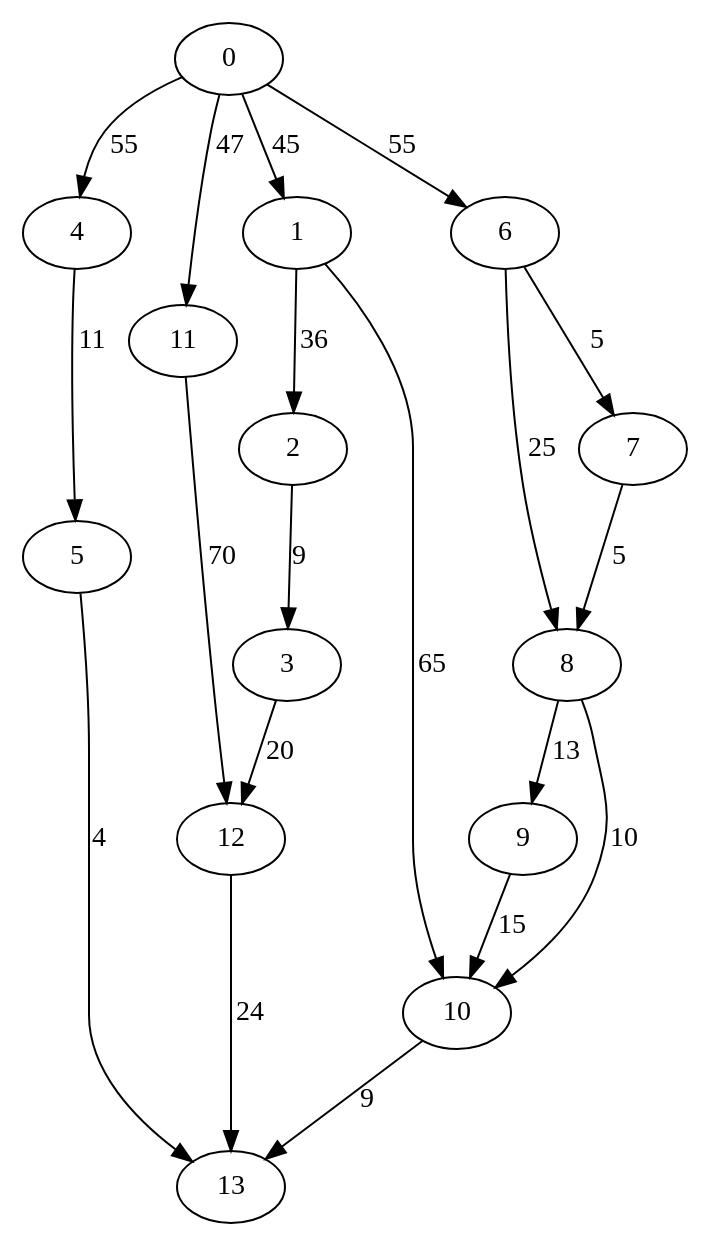
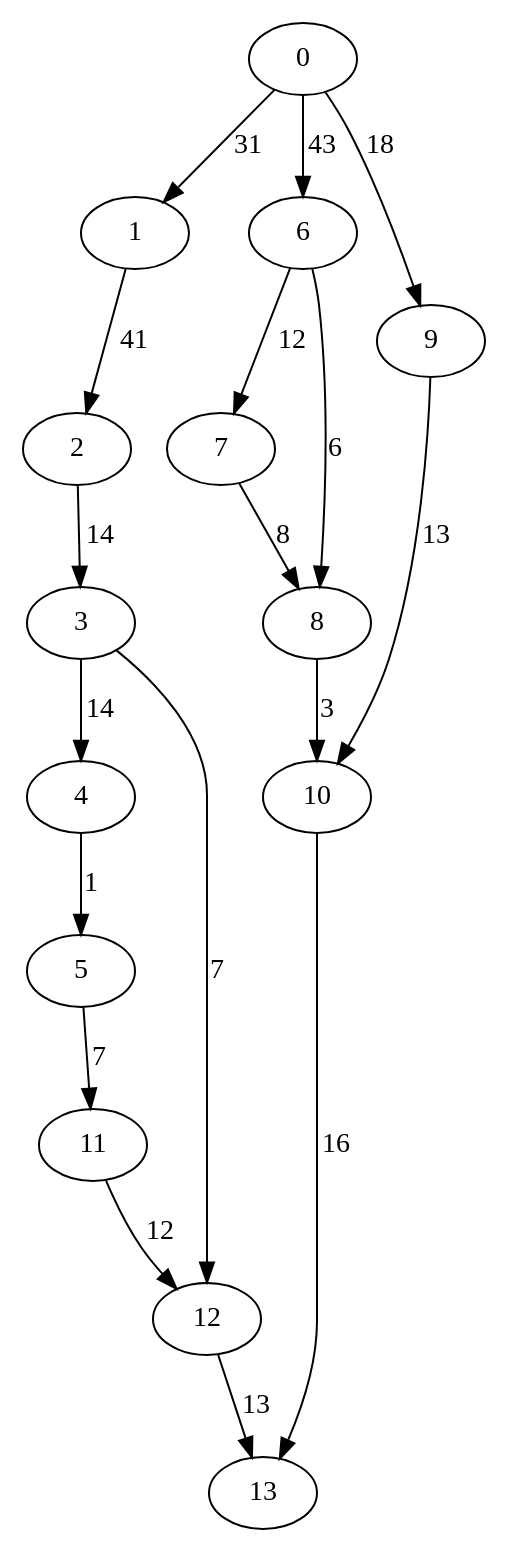
One commit to asaloniti/DagScheduling_old changed the diagram in dotfiles/data0.dot. Above: the diagram before and after it, drawn with Graphviz. The commit also changed 26 other files, not shown here.

```diff
--- a/dotfiles/data0.dot
+++ b/dotfiles/data0.dot
@@ -1,21 +1,19 @@
 digraph data0 {
-0 -> 1 [ label = 45 ];
-0 -> 4 [ label = 55 ];
-0 -> 6 [ label = 55 ];
-0 -> 11 [ label = 47 ];
-1 -> 2 [ label = 36 ];
-1 -> 10 [ label = 65 ];
-2 -> 3 [ label = 9 ];
-3 -> 12 [ label = 20 ];
-4 -> 5 [ label = 11 ];
-5 -> 13 [ label = 4 ];
-6 -> 7 [ label = 5 ];
-6 -> 8 [ label = 25 ];
-7 -> 8 [ label = 5 ];
-8 -> 9 [ label = 13 ];
-8 -> 10 [ label = 10 ];
-9 -> 10 [ label = 15 ];
-10 -> 13 [ label = 9 ];
-11 -> 12 [ label = 70 ];
-12 -> 13 [ label = 24 ];
+0 -> 1 [ label = 31 ];
+0 -> 6 [ label = 43 ];
+0 -> 9 [ label = 18 ];
+1 -> 2 [ label = 41 ];
+2 -> 3 [ label = 14 ];
+3 -> 4 [ label = 14 ];
+3 -> 12 [ label = 7 ];
+4 -> 5 [ label = 1 ];
+5 -> 11 [ label = 7 ];
+6 -> 7 [ label = 12 ];
+6 -> 8 [ label = 6 ];
+7 -> 8 [ label = 8 ];
+8 -> 10 [ label = 3 ];
+9 -> 10 [ label = 13 ];
+10 -> 13 [ label = 16 ];
+11 -> 12 [ label = 12 ];
+12 -> 13 [ label = 13 ];
  }
```
